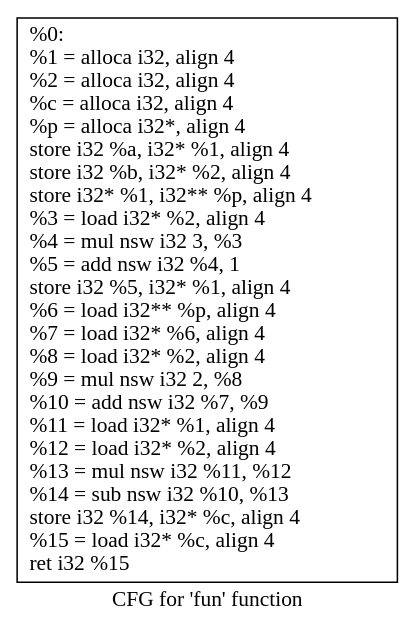
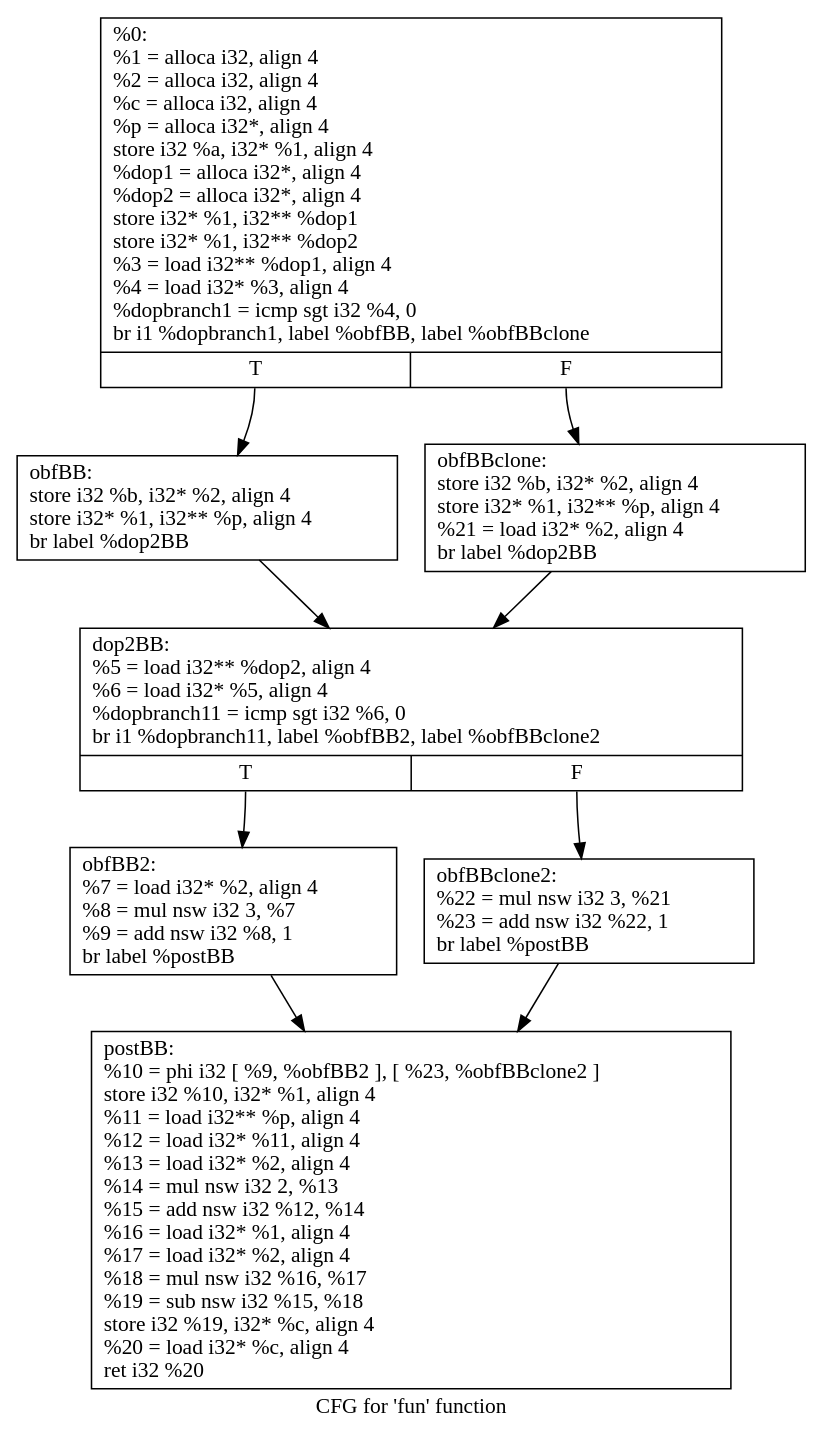
Before and after one commit to tinytinybird/obfuscator: the diagram in cfg2.fun.dot, drawn with Graphviz.

Commit message:
update cfg figure

```diff
--- a/cfg2.fun.dot
+++ b/cfg2.fun.dot
@@ -1,5 +1,19 @@
 digraph "CFG for 'fun' function" {
 	label="CFG for 'fun' function";
 
-	Node0xa55dc40 [shape=record,label="{%0:\l  %1 = alloca i32, align 4\l  %2 = alloca i32, align 4\l  %c = alloca i32, align 4\l  %p = alloca i32*, align 4\l  store i32 %a, i32* %1, align 4\l  store i32 %b, i32* %2, align 4\l  store i32* %1, i32** %p, align 4\l  %3 = load i32* %2, align 4\l  %4 = mul nsw i32 3, %3\l  %5 = add nsw i32 %4, 1\l  store i32 %5, i32* %1, align 4\l  %6 = load i32** %p, align 4\l  %7 = load i32* %6, align 4\l  %8 = load i32* %2, align 4\l  %9 = mul nsw i32 2, %8\l  %10 = add nsw i32 %7, %9\l  %11 = load i32* %1, align 4\l  %12 = load i32* %2, align 4\l  %13 = mul nsw i32 %11, %12\l  %14 = sub nsw i32 %10, %13\l  store i32 %14, i32* %c, align 4\l  %15 = load i32* %c, align 4\l  ret i32 %15\l}"];
+	Node0xa32bcf0 [shape=record,label="{%0:\l  %1 = alloca i32, align 4\l  %2 = alloca i32, align 4\l  %c = alloca i32, align 4\l  %p = alloca i32*, align 4\l  store i32 %a, i32* %1, align 4\l  %dop1 = alloca i32*, align 4\l  %dop2 = alloca i32*, align 4\l  store i32* %1, i32** %dop1\l  store i32* %1, i32** %dop2\l  %3 = load i32** %dop1, align 4\l  %4 = load i32* %3, align 4\l  %dopbranch1 = icmp sgt i32 %4, 0\l  br i1 %dopbranch1, label %obfBB, label %obfBBclone\l|{<s0>T|<s1>F}}"];
+	Node0xa32bcf0:s0 -> Node0xa32bd20;
+	Node0xa32bcf0:s1 -> Node0xa32bde0;
+	Node0xa32bd20 [shape=record,label="{obfBB:                                            \l  store i32 %b, i32* %2, align 4\l  store i32* %1, i32** %p, align 4\l  br label %dop2BB\l}"];
+	Node0xa32bd20 -> Node0xa32bd50;
+	Node0xa32bd50 [shape=record,label="{dop2BB:                                           \l  %5 = load i32** %dop2, align 4\l  %6 = load i32* %5, align 4\l  %dopbranch11 = icmp sgt i32 %6, 0\l  br i1 %dopbranch11, label %obfBB2, label %obfBBclone2\l|{<s0>T|<s1>F}}"];
+	Node0xa32bd50:s0 -> Node0xa32bd80;
+	Node0xa32bd50:s1 -> Node0xa32be10;
+	Node0xa32bd80 [shape=record,label="{obfBB2:                                           \l  %7 = load i32* %2, align 4\l  %8 = mul nsw i32 3, %7\l  %9 = add nsw i32 %8, 1\l  br label %postBB\l}"];
+	Node0xa32bd80 -> Node0xa32bdb0;
+	Node0xa32bdb0 [shape=record,label="{postBB:                                           \l  %10 = phi i32 [ %9, %obfBB2 ], [ %23, %obfBBclone2 ]\l  store i32 %10, i32* %1, align 4\l  %11 = load i32** %p, align 4\l  %12 = load i32* %11, align 4\l  %13 = load i32* %2, align 4\l  %14 = mul nsw i32 2, %13\l  %15 = add nsw i32 %12, %14\l  %16 = load i32* %1, align 4\l  %17 = load i32* %2, align 4\l  %18 = mul nsw i32 %16, %17\l  %19 = sub nsw i32 %15, %18\l  store i32 %19, i32* %c, align 4\l  %20 = load i32* %c, align 4\l  ret i32 %20\l}"];
+	Node0xa32bde0 [shape=record,label="{obfBBclone:                                       \l  store i32 %b, i32* %2, align 4\l  store i32* %1, i32** %p, align 4\l  %21 = load i32* %2, align 4\l  br label %dop2BB\l}"];
+	Node0xa32bde0 -> Node0xa32bd50;
+	Node0xa32be10 [shape=record,label="{obfBBclone2:                                      \l  %22 = mul nsw i32 3, %21\l  %23 = add nsw i32 %22, 1\l  br label %postBB\l}"];
+	Node0xa32be10 -> Node0xa32bdb0;
 }
```
